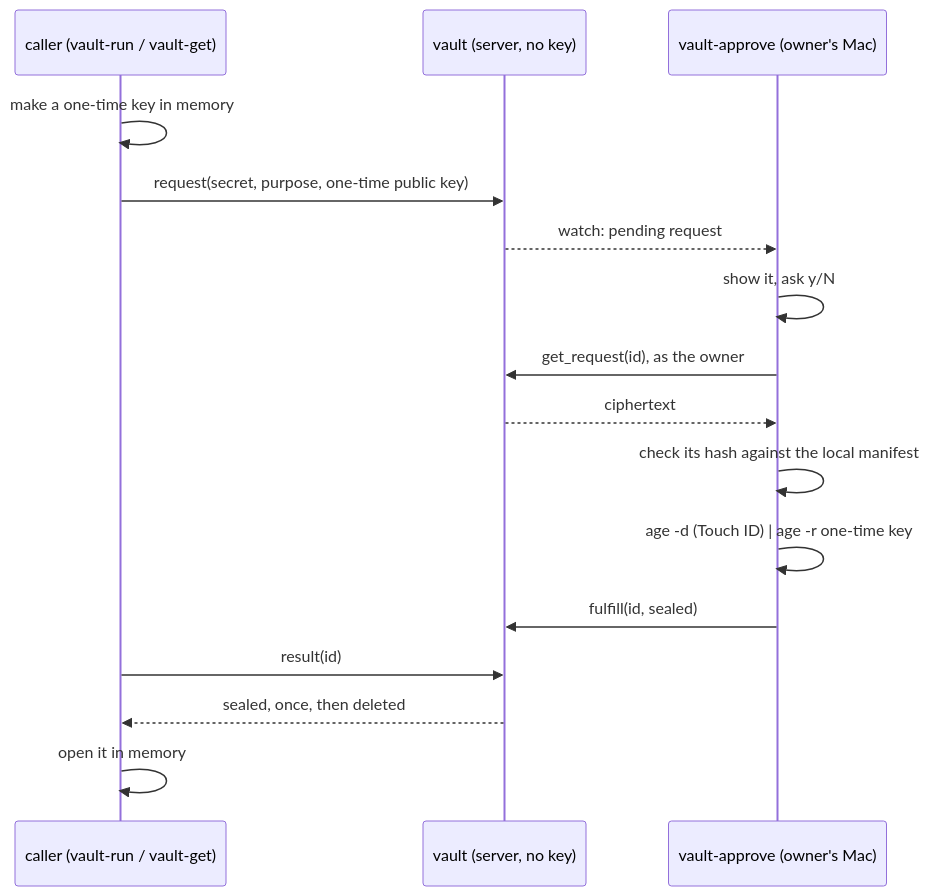
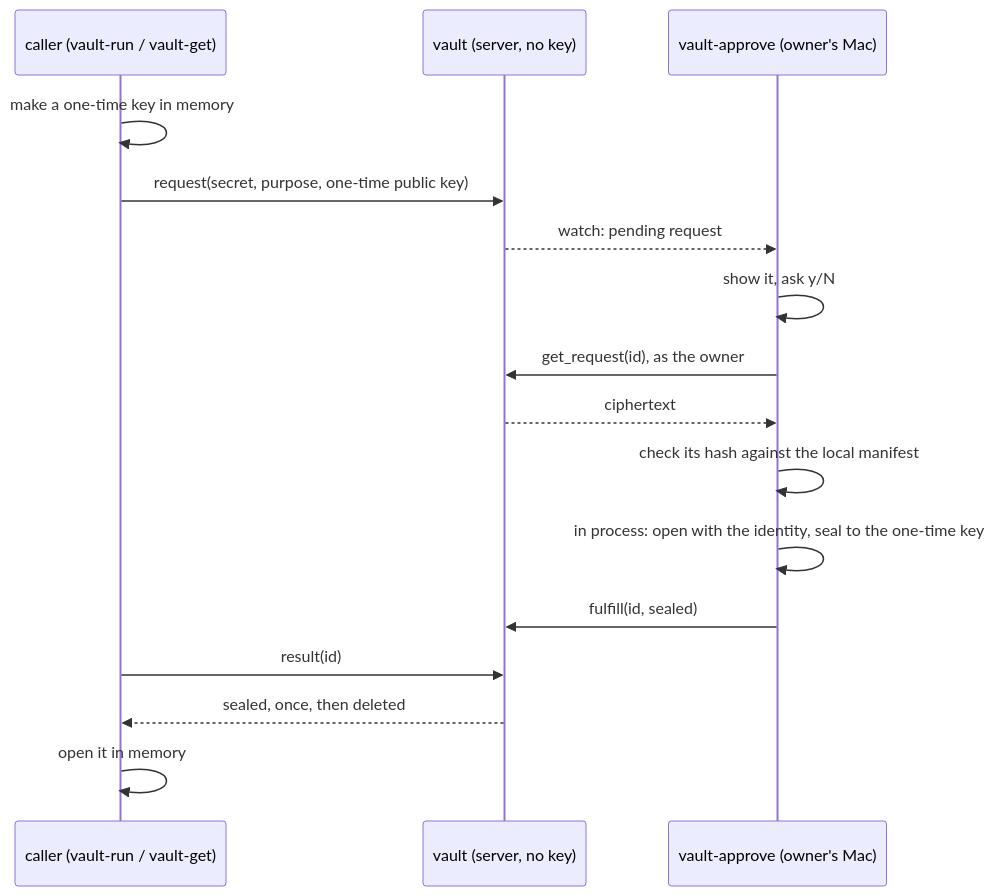
Before and after one commit to hypermemetic-ai/hyperforge: the diagram in vault/README.md, drawn with Mermaid. The commit also changed other lines of this file and 13 other files, not shown here.

First line of the commit message:
HYPE-22: age in process, through the crate; no age CLI

````diff
--- a/vault/README.md
+++ b/vault/README.md
@@ -7,18 +7,18 @@
 ```mermaid
 sequenceDiagram
   participant C as caller (vault-run / vault-get)
   participant V as vault (server, no key)
   participant O as vault-approve (owner's Mac)
   C->>C: make a one-time key in memory
   C->>V: request(secret, purpose, one-time public key)
   V-->>O: watch: pending request
   O->>O: show it, ask y/N
   O->>V: get_request(id), as the owner
   V-->>O: ciphertext
   O->>O: check its hash against the local manifest
-  O->>O: age -d (Touch ID) | age -r one-time key
+  O->>O: in process: open with the identity, seal to the one-time key
   O->>V: fulfill(id, sealed)
   C->>V: result(id)
   V-->>C: sealed, once, then deleted
   C->>C: open it in memory
 ```
````
